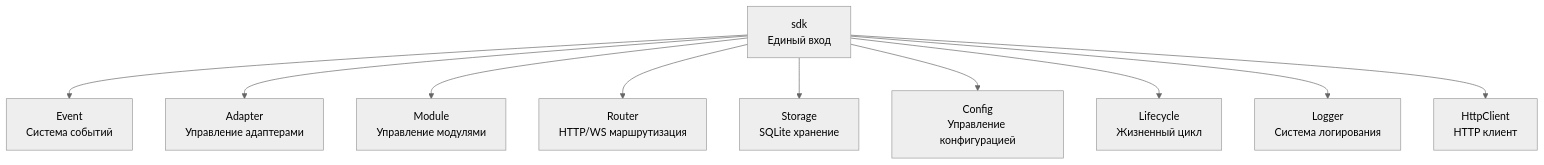
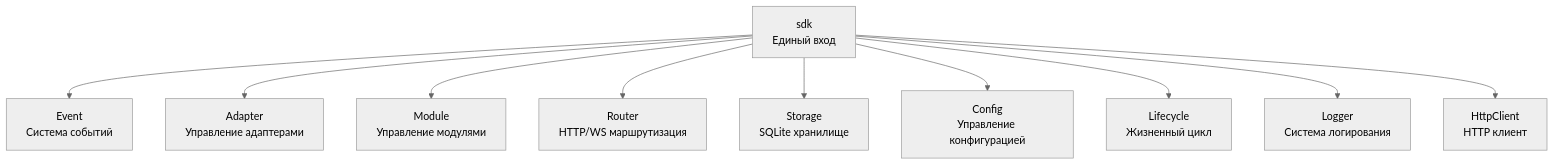
Before and after one commit to ErisPulse/ErisPulse: the second of 2 diagrams in README.ru.md, drawn with Mermaid (neutral theme). The commit also changed other lines of this file and 31 other files, not shown here.

````diff
--- a/README.ru.md
+++ b/README.ru.md
@@ -501,14 +501,14 @@
 ```mermaid
 graph TB
     SDK["sdk<br/>Единый вход"]
 
     SDK --> Event["Event<br/>Система событий"]
     SDK --> AdapterMgr["Adapter<br/>Управление адаптерами"]
     SDK --> ModuleMgr["Module<br/>Управление модулями"]
     SDK --> Router["Router<br/>HTTP/WS маршрутизация"]
-    SDK --> Storage["Storage<br/>SQLite хранение"]
+    SDK --> Storage["Storage<br/>SQLite хранилище"]
     SDK --> Config["Config<br/>Управление конфигурацией"]
     SDK --> Lifecycle["Lifecycle<br/>Жизненный цикл"]
     SDK --> Logger["Logger<br/>Система логирования"]
     SDK --> Client["HttpClient<br/>HTTP клиент"]
 ```
````
